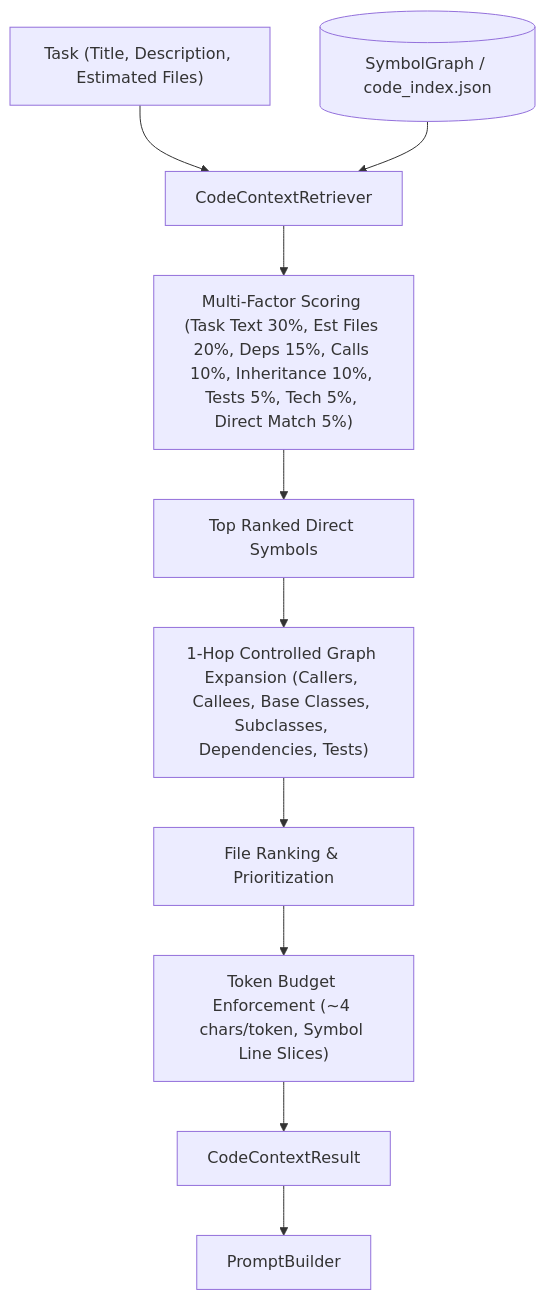
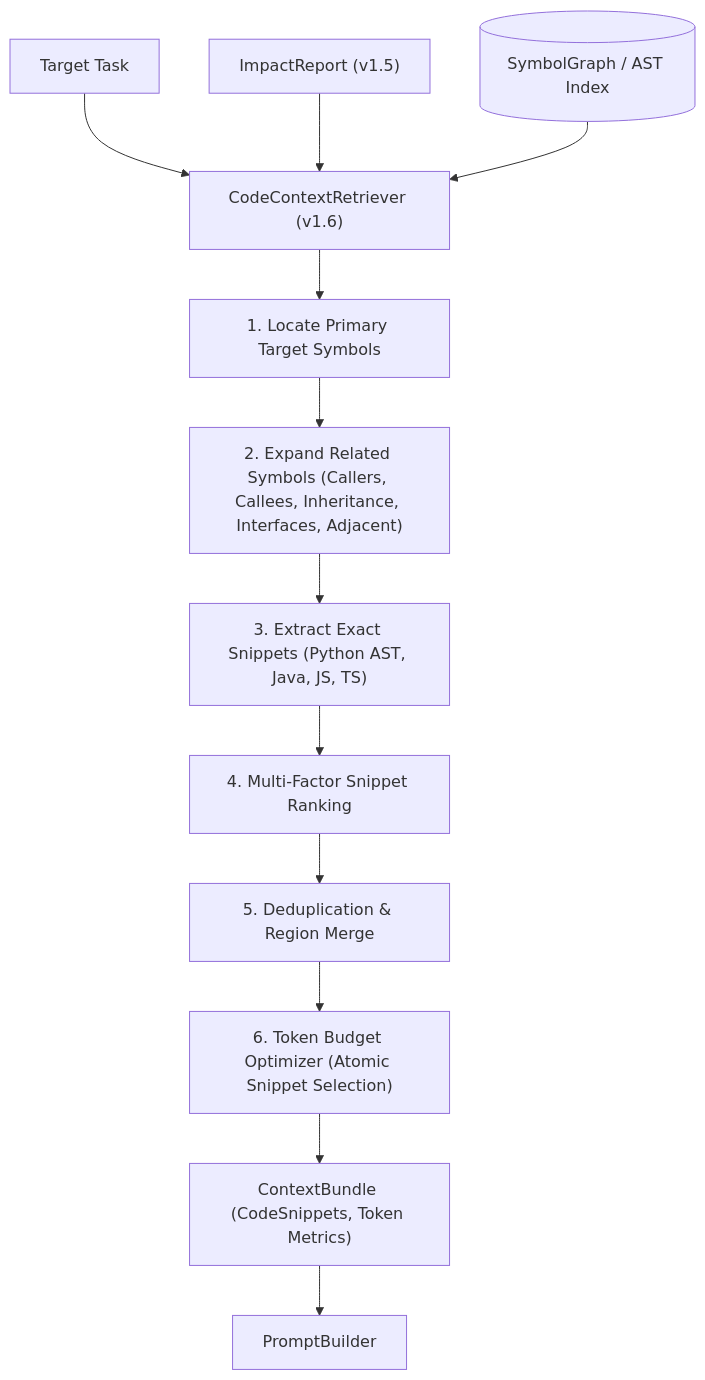
One commit to legion0069/AutoDev-Agent changed the fifth of 6 diagrams in README.md. Above: the diagram before and after it, drawn with Mermaid. The commit also changed other lines of this file and 18 other files, not shown here.

````diff
--- a/README.md
+++ b/README.md
@@ -66,12 +416,15 @@
 ```mermaid
 flowchart TD
-    Task["Task (Title, Description, Estimated Files)"] --> CCR["CodeContextRetriever"]
-    Graph[("SymbolGraph / code_index.json")] --> CCR
-    CCR --> Score["Multi-Factor Scoring (Task Text 30%, Est Files 20%, Deps 15%, Calls 10%, Inheritance 10%, Tests 5%, Tech 5%, Direct Match 5%)"]
-    Score --> TopSyms["Top Ranked Direct Symbols"]
-    TopSyms --> Expand["1-Hop Controlled Graph Expansion (Callers, Callees, Base Classes, Subclasses, Dependencies, Tests)"]
-    Expand --> Rank["File Ranking & Prioritization"]
-    Rank --> Budget["Token Budget Enforcement (~4 chars/token, Symbol Line Slices)"]
-    Budget --> Result["CodeContextResult"]
-    Result --> PB["PromptBuilder"]
+    Task["Target Task"] --> CCR["CodeContextRetriever (v1.6)"]
+    Impact["ImpactReport (v1.5)"] --> CCR
+    Graph[("SymbolGraph / AST Index")] --> CCR
+
+    CCR --> Step1["1. Locate Primary Target Symbols"]
+    Step1 --> Step2["2. Expand Related Symbols (Callers, Callees, Inheritance, Interfaces, Adjacent)"]
+    Step2 --> Step3["3. Extract Exact Snippets (Python AST, Java, JS, TS)"]
+    Step3 --> Step4["4. Multi-Factor Snippet Ranking"]
+    Step4 --> Step5["5. Deduplication & Region Merge"]
+    Step5 --> Step6["6. Token Budget Optimizer (Atomic Snippet Selection)"]
+    Step6 --> Bundle["ContextBundle (CodeSnippets, Token Metrics)"]
+    Bundle --> PB["PromptBuilder"]
 ```
````
